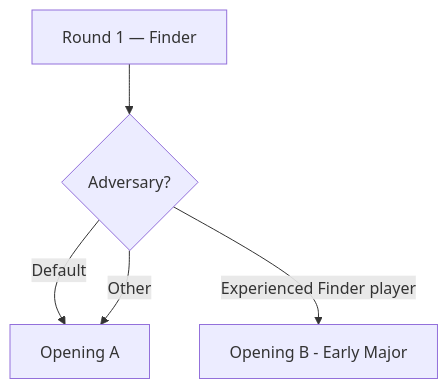
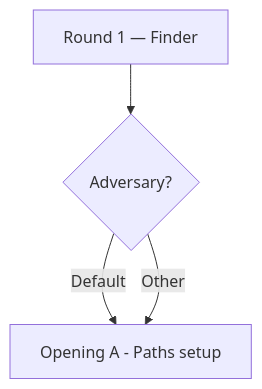
The diagram in src/spirits/moderate/finder-of-paths-unseen.md (bfowle/spirit-island), drawn with Mermaid before and after one commit. The commit also changed other lines of this file and 3 other files, not shown here.

```diff
--- a/src/spirits/moderate/finder-of-paths-unseen.md
+++ b/src/spirits/moderate/finder-of-paths-unseen.md
@@ -105,7 +112,6 @@
 <pre class="mermaid">
 graph TD
   Start[Round 1 — Finder] --> Adv{Adversary?}
-  Adv -->|Default| A[Opening A]
-  Adv -->|Experienced Finder player| B[Opening B - Early Major]
+  Adv -->|Default| A[Opening A - Paths setup]
   Adv -->|Other| A
 </pre>
```
